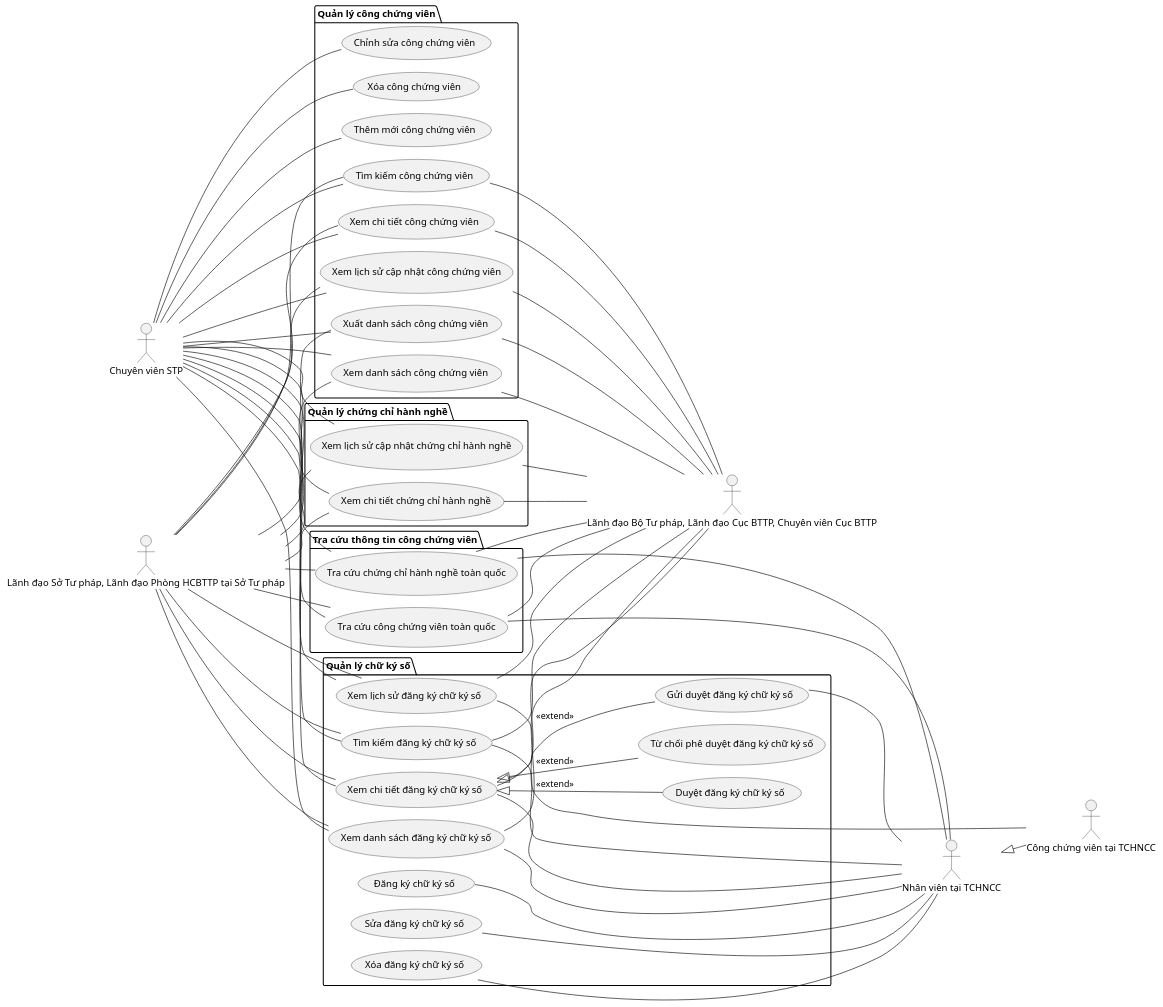
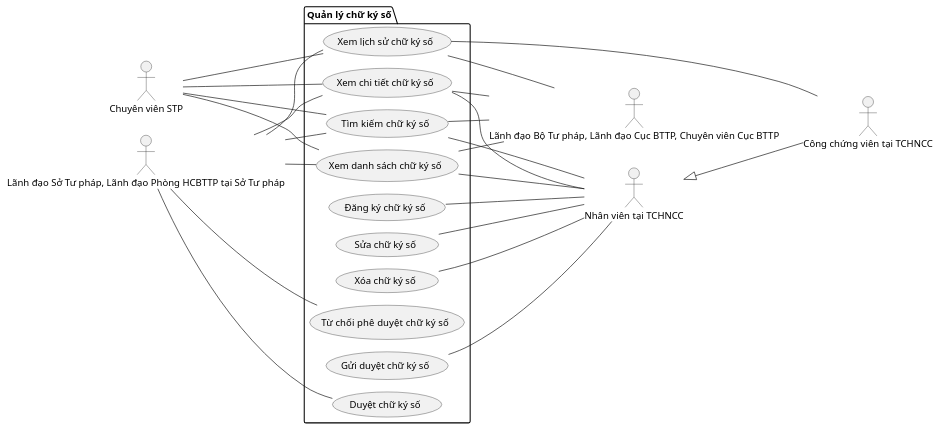
The diagram in ba/[NDS-E-00056] Quản lý chữ ký số/4.usecases.puml (phuongpm23/nds-docs-test), drawn with PlantUML before and after one commit. The commit also changed 7 other files, not shown here.

```diff
--- a/ba/[NDS-E-00056] Quản lý chữ ký số/4.usecases.puml
+++ b/ba/[NDS-E-00056] Quản lý chữ ký số/4.usecases.puml
@@ -1,129 +1,57 @@
 @startuml
 !pragma layout smetana
 left to right direction
 
 '==================== Actors ====================
 actor "Chuyên viên STP" as CVSTP
 actor "Lãnh đạo Sở Tư pháp, Lãnh đạo Phòng HCBTTP tại Sở Tư pháp" as LeaderSTP
 actor "Lãnh đạo Bộ Tư pháp, Lãnh đạo Cục BTTP, Chuyên viên Cục BTTP" as LeaderBTP
 actor "Công chứng viên tại TCHNCC" as CCV
 actor "Nhân viên tại TCHNCC" as Staff
 
-'==================== Quản lý công chứng viên ====================
-package "Quản lý công chứng viên" as P_CCVMgmt {
-    usecase "Xem danh sách công chứng viên" as UC_CCV_List
-    usecase "Xem chi tiết công chứng viên" as UC_CCV_Detail
-    usecase "Thêm mới công chứng viên" as UC_CCV_Create
-    usecase "Chỉnh sửa công chứng viên" as UC_CCV_Update
-    usecase "Xóa công chứng viên" as UC_CCV_Delete
-    usecase "Tìm kiếm công chứng viên" as UC_CCV_Search
-    usecase "Xuất danh sách công chứng viên" as UC_CCV_Export
-    usecase "Xem lịch sử cập nhật công chứng viên" as UC_CCV_History
-}
-
-'==================== Quản lý chứng chỉ hành nghề ====================
-package "Quản lý chứng chỉ hành nghề" as P_CertMgmt {
-    usecase "Xem lịch sử cập nhật chứng chỉ hành nghề" as UC_ChungChi_History
-    usecase "Xem chi tiết chứng chỉ hành nghề" as UC_ChungChi_Detail
-}
-
 '==================== Quản lý chữ ký số ====================
 package "Quản lý chữ ký số" as P_DigitalSign {
-    usecase "Xem danh sách đăng ký chữ ký số" as UC_Sign_List
-    usecase "Xem chi tiết đăng ký chữ ký số" as UC_Sign_Detail
-    usecase "Tìm kiếm đăng ký chữ ký số" as UC_Sign_Search
+    usecase "Xem danh sách chữ ký số" as UC_Sign_List
+    usecase "Xem chi tiết chữ ký số" as UC_Sign_Detail
+    usecase "Tìm kiếm  chữ ký số" as UC_Sign_Search
     usecase "Đăng ký chữ ký số" as UC_Sign_Create
-    usecase "Sửa đăng ký chữ ký số" as UC_Sign_Update
-    usecase "Xóa đăng ký chữ ký số" as UC_Sign_Delete
-    usecase "Duyệt đăng ký chữ ký số" as UC_Sign_Approve
-    usecase "Từ chối phê duyệt đăng ký chữ ký số" as UC_Sign_Reject
-    usecase "Gửi duyệt đăng ký chữ ký số" as UC_Sign_Submit
-    usecase "Xem lịch sử đăng ký chữ ký số" as UC_Sign_History
-}
-
-'==================== Tra cứu thông tin công chứng viên ====================
-package "Tra cứu thông tin công chứng viên" as P_Search {
-    usecase "Tra cứu công chứng viên toàn quốc" as UC_CCV_Lookup
-    usecase "Tra cứu chứng chỉ hành nghề toàn quốc" as UC_ChungChi_Lookup
+    usecase "Sửa chữ ký số" as UC_Sign_Update
+    usecase "Xóa chữ ký số" as UC_Sign_Delete
+    usecase "Duyệt chữ ký số" as UC_Sign_Approve
+    usecase "Từ chối phê duyệt  chữ ký số" as UC_Sign_Reject
+    usecase "Gửi duyệt chữ ký số" as UC_Sign_Submit
+    usecase "Xem lịch sử chữ ký số" as UC_Sign_History
 }
 
 '==================== Liên kết Actor → UC ====================
 ' Chuyên viên STP
-CVSTP -- UC_CCV_List
-CVSTP -- UC_CCV_Detail
-CVSTP -- UC_CCV_Create
-CVSTP -- UC_CCV_Update
-CVSTP -- UC_CCV_Delete
-CVSTP -- UC_CCV_Search
-CVSTP -- UC_CCV_Export
-CVSTP -- UC_CCV_History
-
-CVSTP -- UC_ChungChi_History
-CVSTP -- UC_ChungChi_Detail
-
 CVSTP -- UC_Sign_List
 CVSTP -- UC_Sign_Detail
 CVSTP -- UC_Sign_Search
 CVSTP -- UC_Sign_History
-
-CVSTP -- UC_CCV_Lookup
-CVSTP -- UC_ChungChi_Lookup
-
 ' Lãnh đạo Sở Tư pháp / Phòng HCBTTP
-LeaderSTP -- UC_CCV_List
-LeaderSTP -- UC_CCV_Detail
-LeaderSTP -- UC_CCV_Search
-LeaderSTP -- UC_CCV_Export
-LeaderSTP -- UC_CCV_History
-
-LeaderSTP -- UC_ChungChi_History
-LeaderSTP -- UC_ChungChi_Detail
-
 LeaderSTP -- UC_Sign_List
 LeaderSTP -- UC_Sign_Detail
 LeaderSTP -- UC_Sign_Search
 LeaderSTP -- UC_Sign_History
-
-LeaderSTP -- UC_CCV_Lookup
-LeaderSTP -- UC_ChungChi_Lookup
-
+LeaderSTP -- UC_Sign_Approve
+LeaderSTP -- UC_Sign_Reject
 ' Lãnh đạo Bộ Tư pháp / Cục BTTP / Chuyên viên Cục BTTP
-UC_CCV_List -- LeaderBTP
-UC_CCV_Detail -- LeaderBTP
-UC_CCV_Search -- LeaderBTP
-UC_CCV_Export -- LeaderBTP
-UC_CCV_History -- LeaderBTP
-
-UC_ChungChi_History -- LeaderBTP
-UC_ChungChi_Detail -- LeaderBTP
-
 UC_Sign_List -- LeaderBTP
 UC_Sign_Detail -- LeaderBTP
 UC_Sign_Search -- LeaderBTP
 UC_Sign_History -- LeaderBTP
-
-UC_CCV_Lookup -- LeaderBTP
-UC_ChungChi_Lookup -- LeaderBTP
-
 ' Công chứng viên tại TCHNCC
 Staff <|-- CCV
 UC_Sign_History -- CCV
 
 
 ' Nhân viên tại TCHNCC
 UC_Sign_List -- Staff
 UC_Sign_Detail -- Staff
 UC_Sign_Search -- Staff
 UC_Sign_Create -- Staff
 UC_Sign_Update -- Staff
 UC_Sign_Delete -- Staff
 UC_Sign_Submit -- Staff
-
-UC_CCV_Lookup -- Staff
-UC_ChungChi_Lookup -- Staff
-
-'==================== Use Case Extend ====================
-UC_Sign_Detail <|-- UC_Sign_Approve : <<extend>>
-UC_Sign_Detail <|-- UC_Sign_Reject  : <<extend>>
-UC_Sign_Detail <|-- UC_Sign_Submit  : <<extend>>
 @enduml
```
